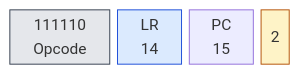
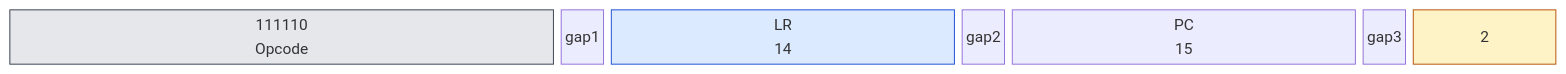
The third of 4 diagrams in book/kap04.md (olfp/Deep16), drawn with Mermaid before and after one commit. The commit also changed other lines of this file and 1 other file, not shown here.

Commit message:
book: Befehlsdiagramme in Kap. 4 mit Lückenspalten (31 Spalten) für einheitliche Breite überarbeitet

````diff
--- a/book/kap04.md
+++ b/book/kap04.md
@@ -246,14 +248,17 @@
 ```mermaid
 block-beta
-  columns 16
+  columns 31
   classDef op fill:#e5e7eb,stroke:#374151
   classDef reg fill:#dbeafe,stroke:#1d4ed8
   classDef imm fill:#fef3c7,stroke:#b45309
-  b0["111110<br/>Opcode"]:6
-  b1["LR<br/>14"]:4
-  b2["PC<br/>15"]:4
-  b3["2"]:2
+  b0["111110<br/>Opcode"]:11
+  gap1:1
+  b1["LR<br/>14"]:7
+  gap2:1
+  b2["PC<br/>15"]:7
+  gap3:1
+  b3["2"]:3
   class b0 op
   class b1 b2 reg
   class b3 imm
 ```
````
